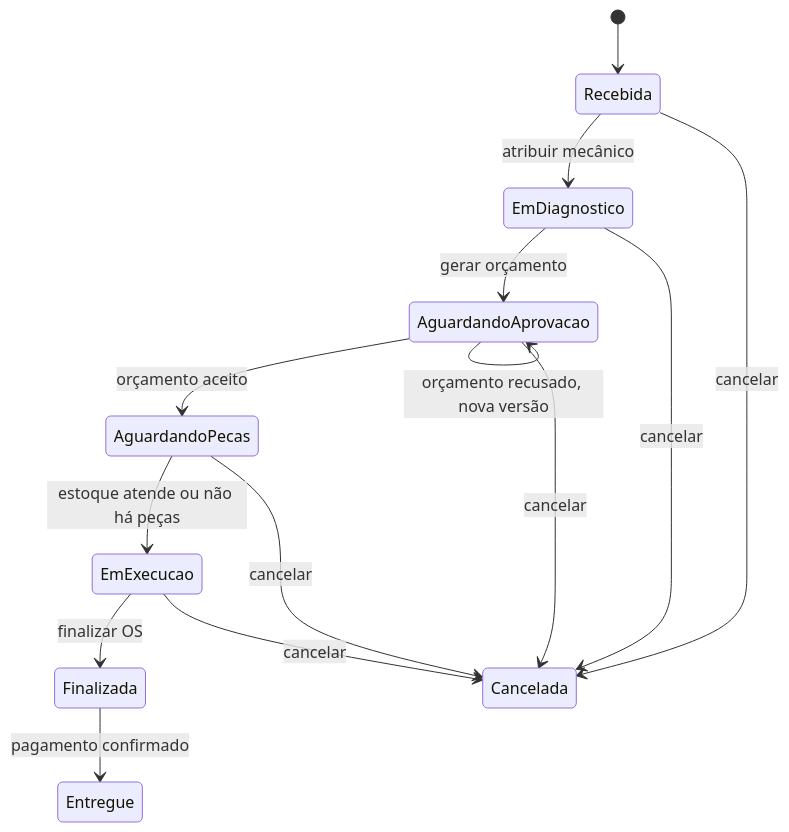
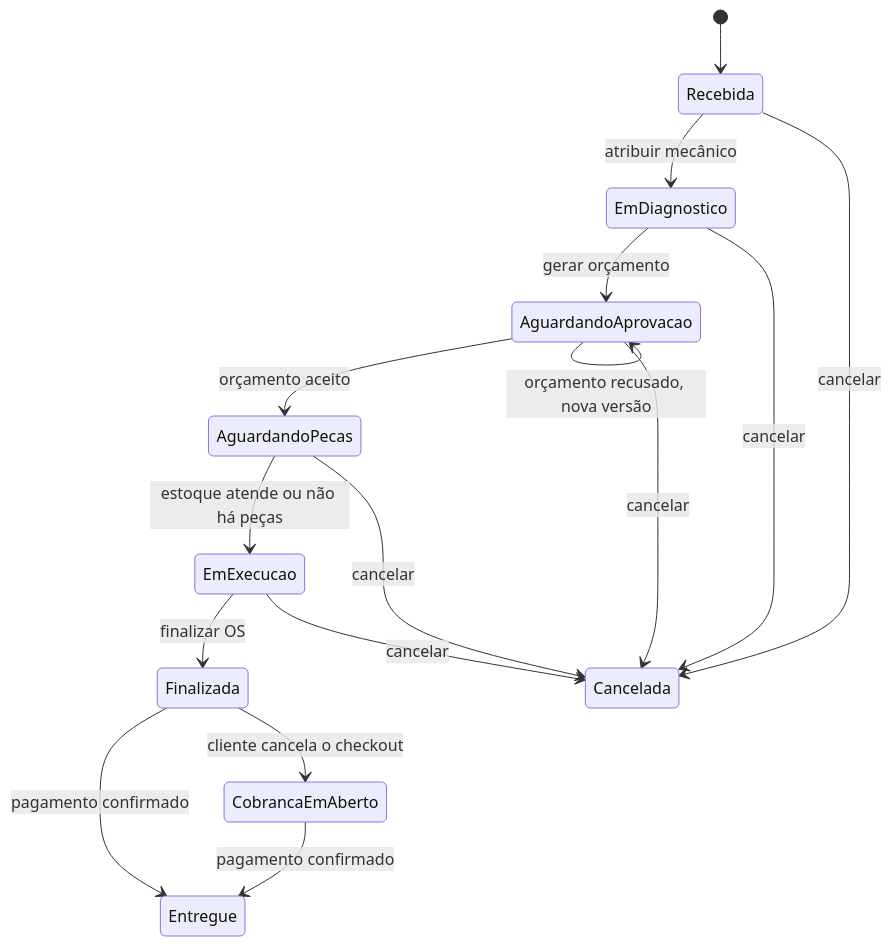
One commit to FIAP-Arquitetura-de-Software-17SOAT/oficina-fiap-api changed the diagram in docs/wiki/linguagem-ubiqua.md. Above: the diagram before and after it, drawn with Mermaid. The commit also changed other lines of this file and 29 other files, not shown here.

````diff
--- a/docs/wiki/linguagem-ubiqua.md
+++ b/docs/wiki/linguagem-ubiqua.md
@@ -276,16 +276,18 @@
 ```mermaid
 stateDiagram-v2
     [*] --> Recebida
     Recebida --> EmDiagnostico: atribuir mecânico
     EmDiagnostico --> AguardandoAprovacao: gerar orçamento
     AguardandoAprovacao --> AguardandoPecas: orçamento aceito
     AguardandoPecas --> EmExecucao: estoque atende ou não há peças
     EmExecucao --> Finalizada: finalizar OS
     Finalizada --> Entregue: pagamento confirmado
+    Finalizada --> CobrancaEmAberto: cliente cancela o checkout
+    CobrancaEmAberto --> Entregue: pagamento confirmado
     Recebida --> Cancelada: cancelar
     EmDiagnostico --> Cancelada: cancelar
     AguardandoAprovacao --> AguardandoAprovacao: orçamento recusado, nova versão
     AguardandoAprovacao --> Cancelada: cancelar
     AguardandoPecas --> Cancelada: cancelar
     EmExecucao --> Cancelada: cancelar
 ```
````
